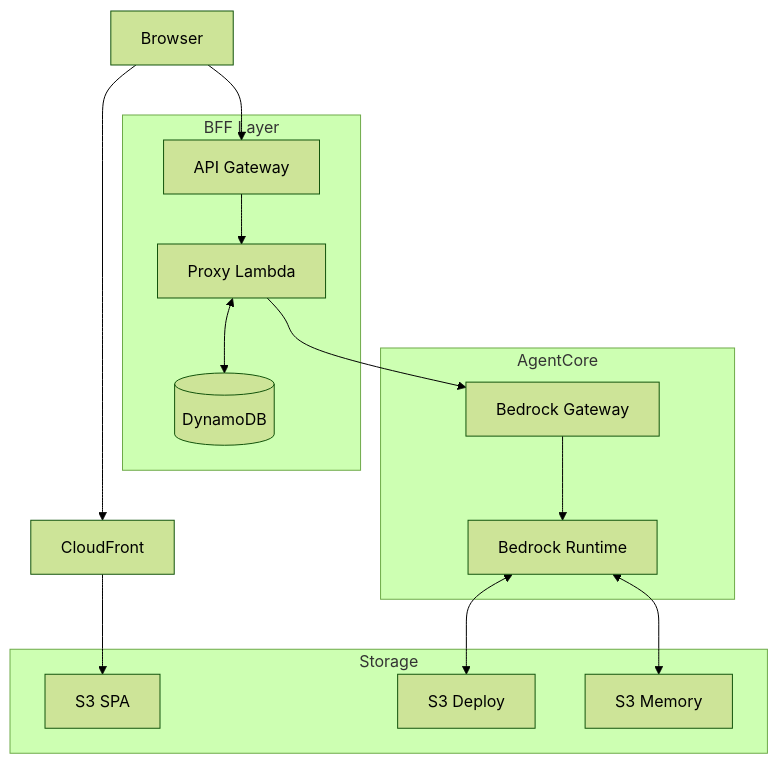
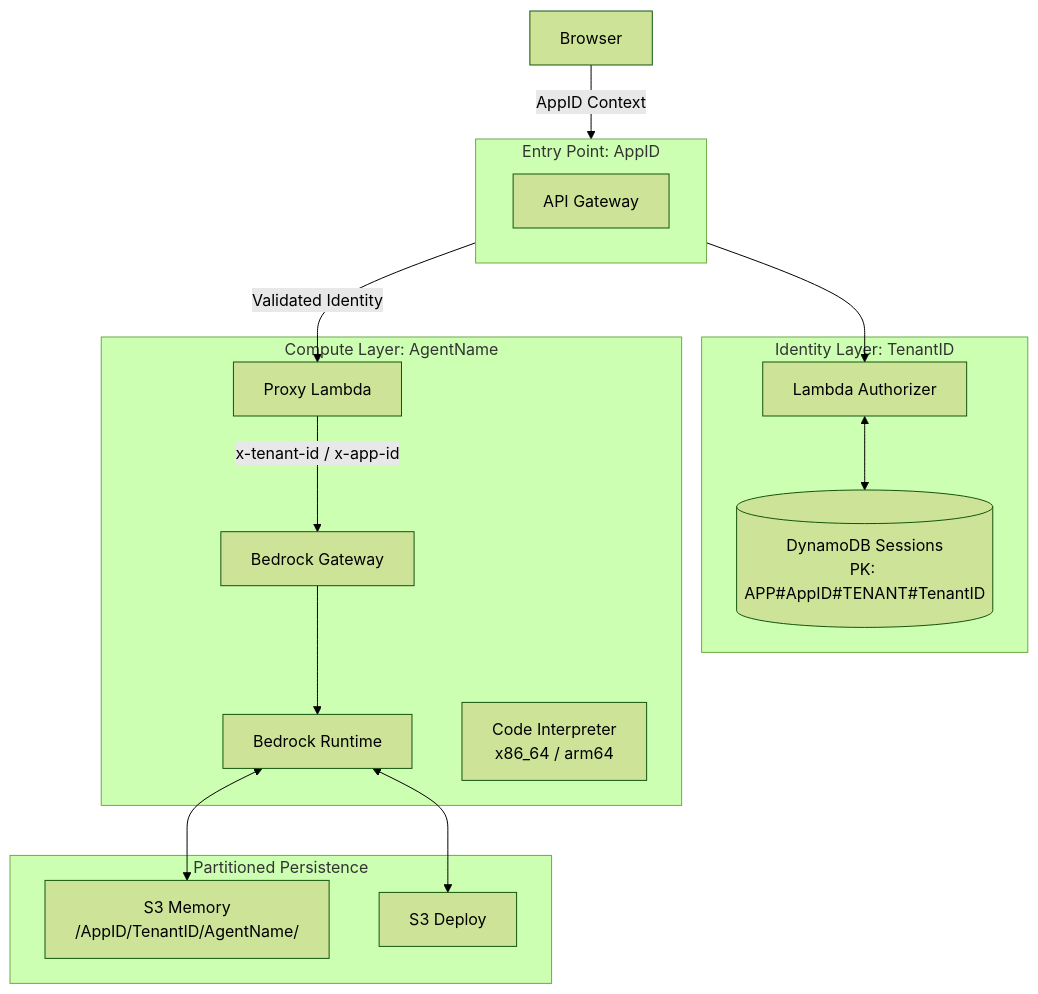
Before and after one commit to j3brns/tf-harness-acore: the second of 5 diagrams in README.md, drawn with Mermaid (forest theme). The commit also changed other lines of this file and 24 other files, not shown here.

````diff
--- a/README.md
+++ b/README.md
@@ -50,29 +55,32 @@
 ```mermaid
 flowchart TD
-    subgraph Frontend[BFF Layer]
+    subgraph North[Entry Point: AppID]
         APIGW[API Gateway]
-        LProxy[Proxy Lambda]
-        DDB[(DynamoDB)]
     end
 
-    subgraph Core[AgentCore]
+    subgraph Middle[Identity Layer: TenantID]
+        LAuthorizer[Lambda Authorizer]
+        DDB[(DynamoDB Sessions<br/>PK: APP#AppID#TENANT#TenantID)]
+    end
+
+    subgraph South[Compute Layer: AgentName]
+        LProxy[Proxy Lambda]
         BGateway[Bedrock Gateway]
         BRuntime[Bedrock Runtime]
+        BSandbox[Code Interpreter<br/>x86_64 / arm64]
     end
 
-    subgraph Storage[Storage]
-        S3SPA[S3 SPA]
+    subgraph Storage[Partitioned Persistence]
+        S3Memory[S3 Memory<br/>/AppID/TenantID/AgentName/]
         S3Deploy[S3 Deploy]
-        S3Memory[S3 Memory]
     end
 
-    Browser[Browser] --> CF[CloudFront]
-    CF --> S3SPA
-    Browser --> APIGW
-    APIGW --> LProxy
-    LProxy <--> DDB
-    LProxy --> BGateway
+    Browser[Browser] -- "AppID Context" --> North
+    North --> LAuthorizer
+    LAuthorizer <--> DDB
+    North -- "Validated Identity" --> LProxy
+    LProxy -- "x-tenant-id / x-app-id" --> BGateway
     BGateway --> BRuntime
     BRuntime <--> S3Memory
     BRuntime <--> S3Deploy
 ```
````
